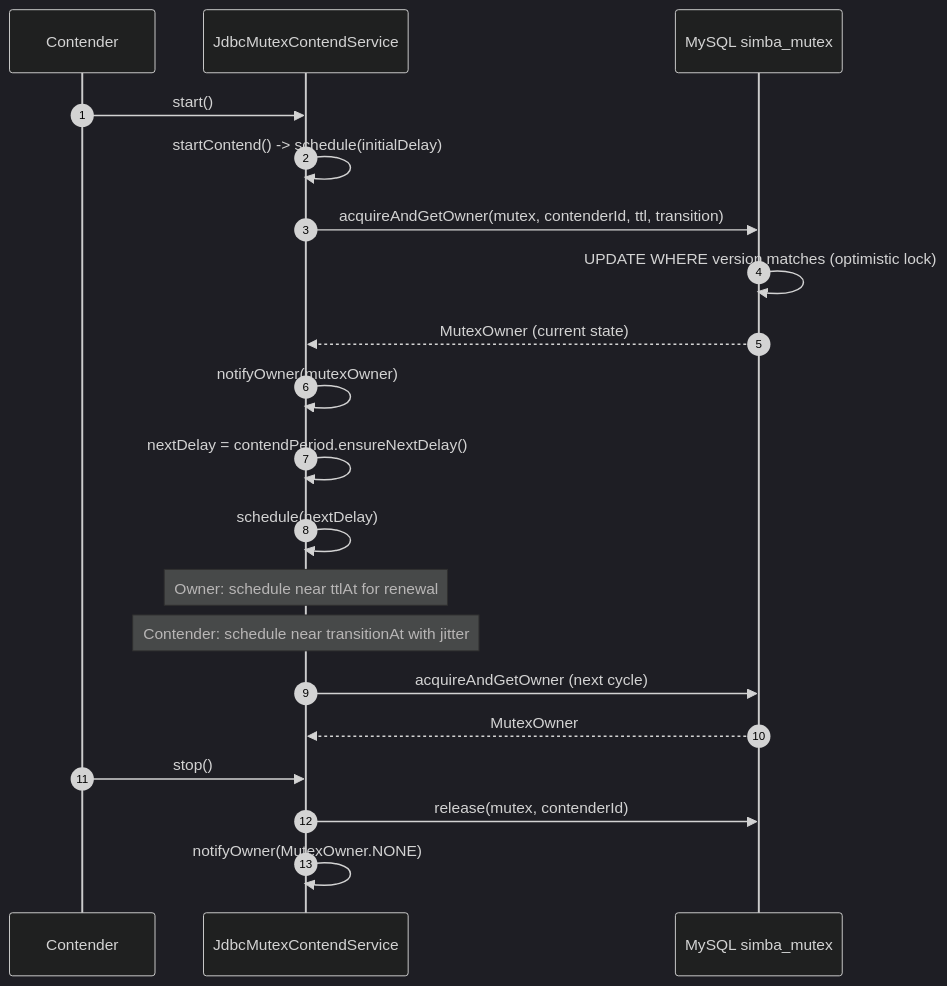
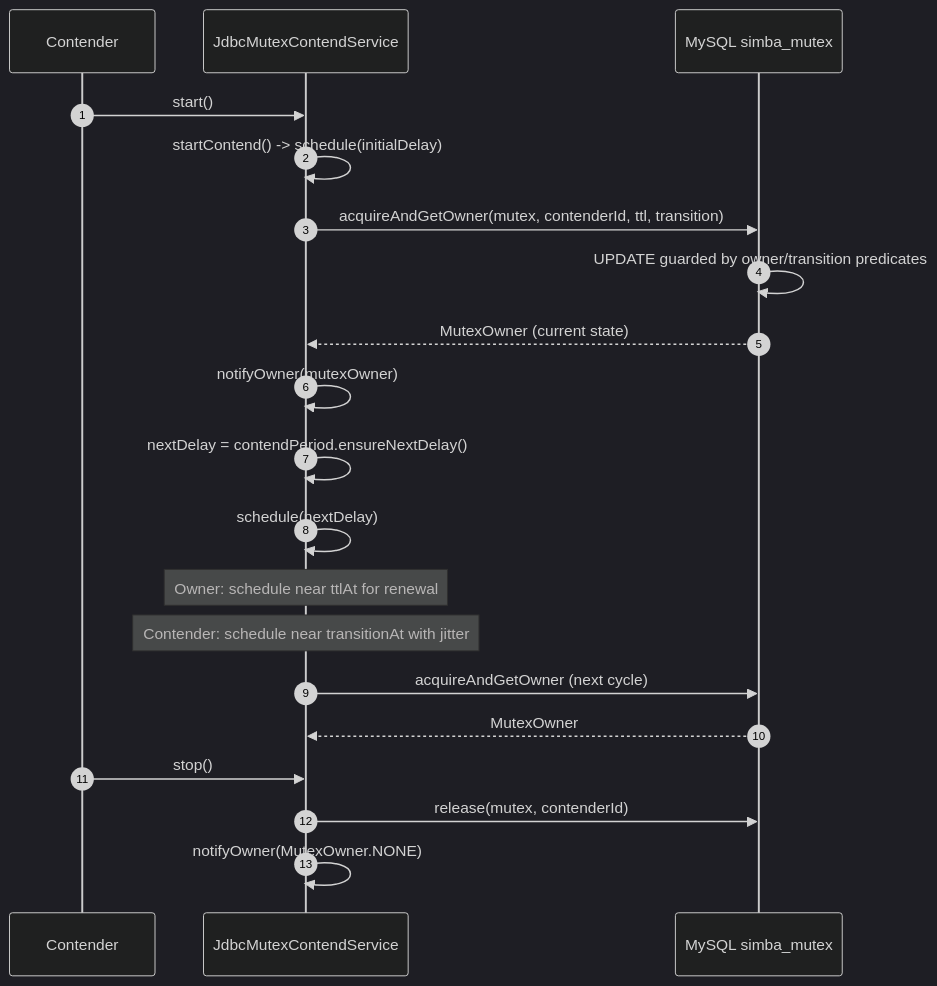
The second of 4 diagrams in wiki/testing/integration-testing.md (Ahoo-Wang/Simba), drawn with Mermaid (dark theme) before and after one commit. The commit also changed other lines of this file and 11 other files, not shown here.

````diff
--- a/wiki/testing/integration-testing.md
+++ b/wiki/testing/integration-testing.md
@@ -107,23 +107,23 @@
 ```mermaid
 sequenceDiagram
 autonumber
     participant C as Contender
     participant CS as JdbcMutexContendService
     participant DB as MySQL simba_mutex
 
     C->>CS: start()
     CS->>CS: startContend() -> schedule(initialDelay)
     CS->>DB: acquireAndGetOwner(mutex, contenderId, ttl, transition)
-    DB->>DB: UPDATE WHERE version matches (optimistic lock)
+    DB->>DB: UPDATE guarded by owner/transition predicates
     DB-->>CS: MutexOwner (current state)
     CS->>CS: notifyOwner(mutexOwner)
     CS->>CS: nextDelay = contendPeriod.ensureNextDelay()
     CS->>CS: schedule(nextDelay)
     Note over CS: Owner: schedule near ttlAt for renewal
     Note over CS: Contender: schedule near transitionAt with jitter
     CS->>DB: acquireAndGetOwner (next cycle)
     DB-->>CS: MutexOwner
     C->>CS: stop()
     CS->>DB: release(mutex, contenderId)
     CS->>CS: notifyOwner(MutexOwner.NONE)
 ```
````
